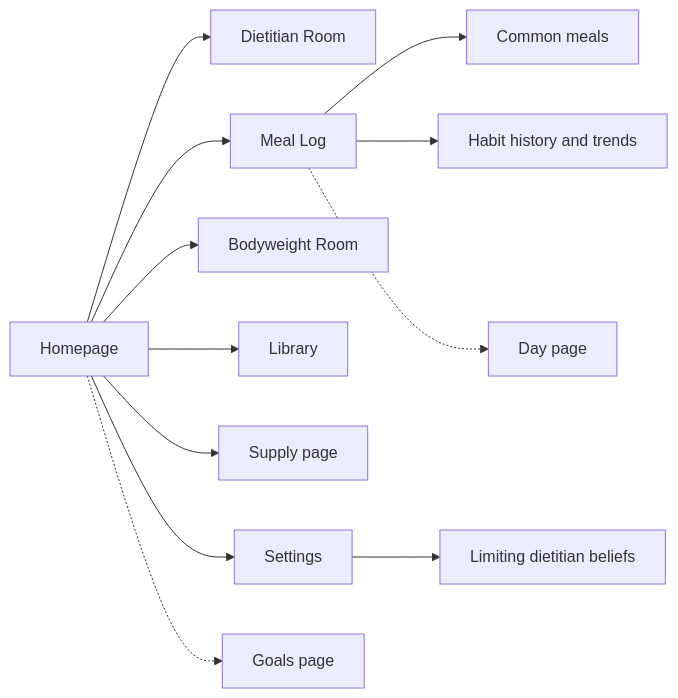
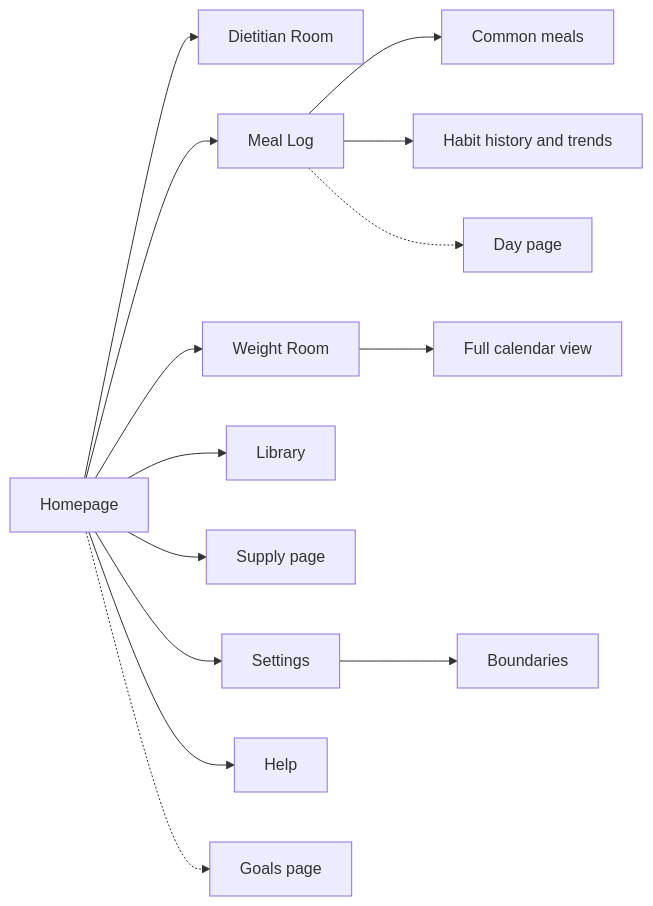
The sixth of 7 diagrams in administration/docs/product-plan.md (odymosgr/ai-powered-eating-habits), drawn with Mermaid before and after one commit. The commit also changed other lines of this file and 1 other file, not shown here.

Commit message:
docs(plan): fold in round-2 answers, Weight Room and stack decisions

````diff
--- a/administration/docs/product-plan.md
+++ b/administration/docs/product-plan.md
@@ -348,14 +358,16 @@
 ```mermaid
 flowchart LR
     H["Homepage"] --> D["Dietitian Room"]
     H --> M["Meal Log"]
-    H --> B["Bodyweight Room"]
+    H --> B["Weight Room"]
     H --> L["Library"]
     H --> S["Supply page"]
     H --> SE["Settings"]
+    H --> HP["Help"]
     M --> CM["Common meals"]
     M --> HT["Habit history and trends"]
     M -.-> DP["Day page"]
-    SE --> LB["Limiting dietitian beliefs"]
+    B --> FC["Full calendar view"]
+    SE --> BO["Boundaries"]
     H -.-> G["Goals page"]
 ```
````
